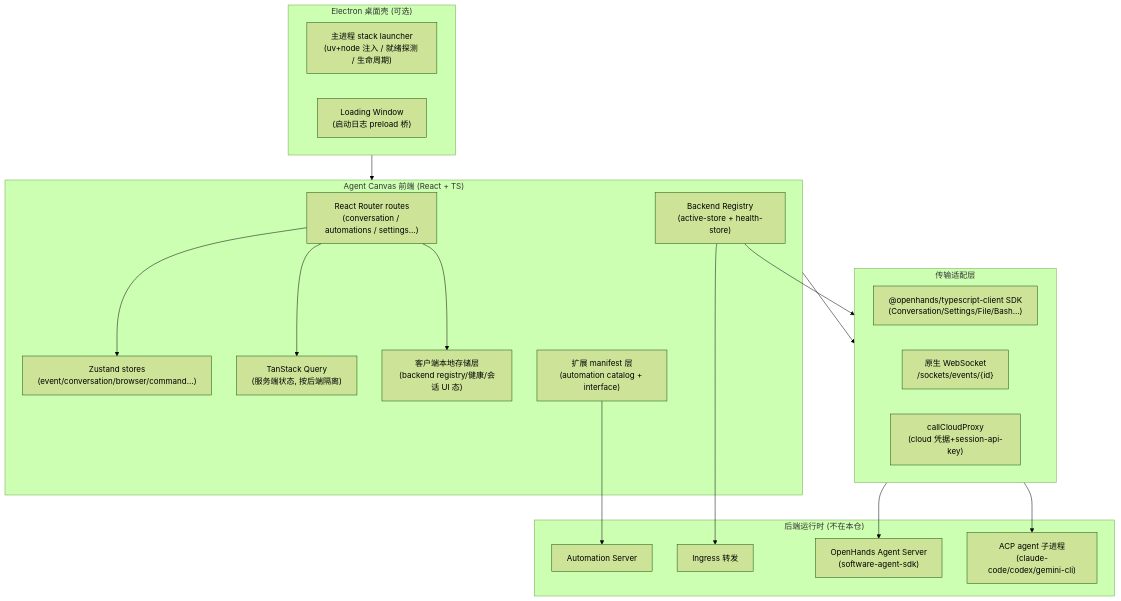
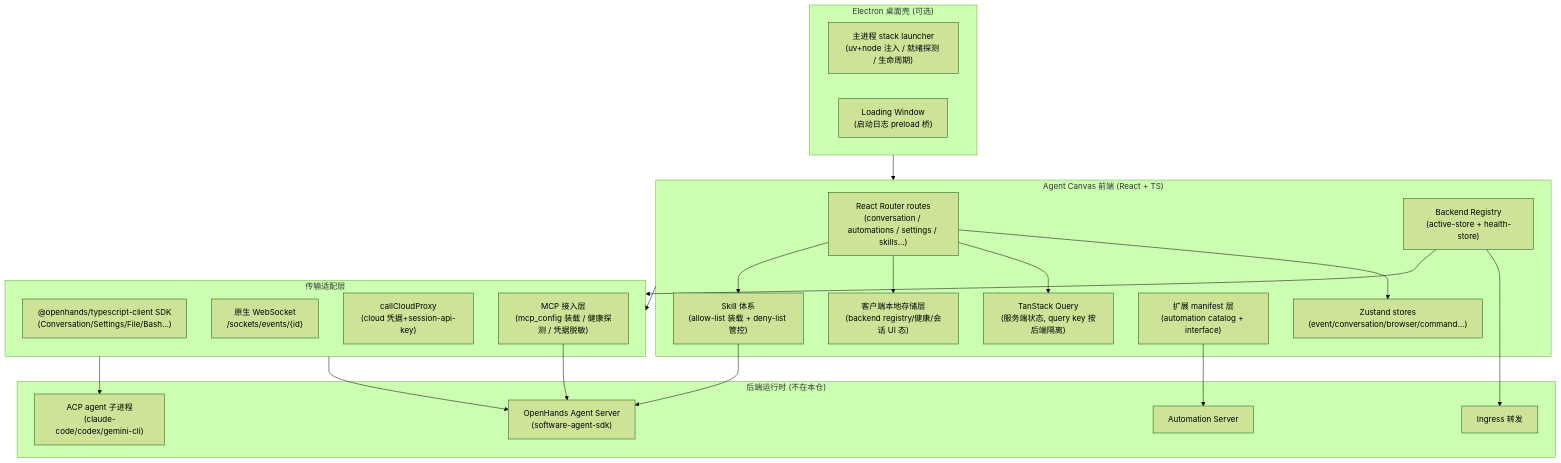
Before and after one commit to morehao/oss-insights: the diagram in ai-agent/openhands/README.md, drawn with Mermaid (forest theme). The commit also changed other lines of this file and 9 other files, not shown here.

Commit message:
docs(openhands): rewrite insights to v1.15.0, add skills and mcp (#17)

````diff
--- a/ai-agent/openhands/README.md
+++ b/ai-agent/openhands/README.md
@@ -30,40 +33,45 @@
 ```mermaid
 graph TB
     subgraph UI["Agent Canvas 前端 (React + TS)"]
-        Routes["React Router routes<br>(conversation / automations / settings…)"]
+        Routes["React Router routes<br>(conversation / automations / settings / skills…)"]
         Stores["Zustand stores<br>(event/conversation/browser/command…)"]
-        Query["TanStack Query<br>(服务端状态, 按后端隔离)"]
+        Query["TanStack Query<br>(服务端状态, query key 按后端隔离)"]
         LocalStore["客户端本地存储层<br>(backend registry/健康/会话 UI 态)"]
         Manifests["扩展 manifest 层<br>(automation catalog + interface)"]
+        Skills["Skill 体系<br>(allow-list 装载 + deny-list 管控)"]
         Backends["Backend Registry<br>(active-store + health-store)"]
         Routes --> Stores
         Routes --> Query
         Routes --> LocalStore
+        Routes --> Skills
     end
 
     subgraph Transport["传输适配层"]
         REST["@openhands/typescript-client SDK<br>(Conversation/Settings/File/Bash…)"]
         WS["原生 WebSocket<br>/sockets/events/{id}"]
         CloudProxy["callCloudProxy<br>(cloud 凭据+session-api-key)"]
+        MCP["MCP 接入层<br>(mcp_config 装载 / 健康探测 / 凭据脱敏)"]
     end
 
     subgraph Runtime["后端运行时 (不在本仓)"]
         AgentServer["OpenHands Agent Server<br>(software-agent-sdk)"]
         ACP["ACP agent 子进程<br>(claude-code/codex/gemini-cli)"]
         Automation["Automation Server"]
         Ingress["Ingress 转发"]
     end
 
     subgraph Desktop["Electron 桌面壳 (可选)"]
         MainProc["主进程 stack launcher<br>(uv+node 注入 / 就绪探测 / 生命周期)"]
         LoadWin["Loading Window<br>(启动日志 preload 桥)"]
     end
 
     UI --> Transport
     Backends --> Transport
     Transport --> AgentServer
     Transport --> ACP
     Manifests --> Automation
+    Skills --> AgentServer
+    MCP --> AgentServer
     Backends --> Ingress
     Desktop --> UI
 ```
````
